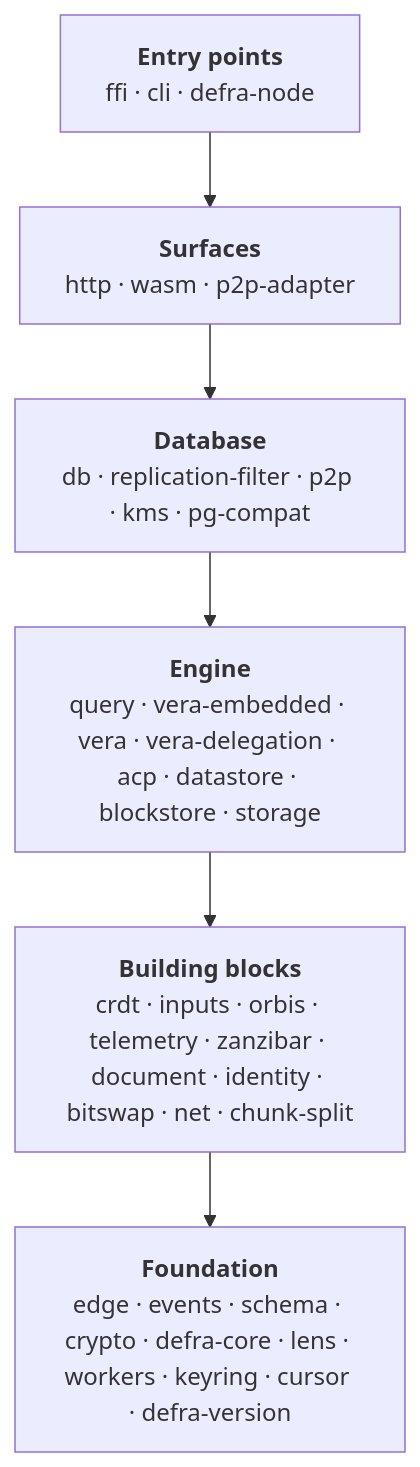
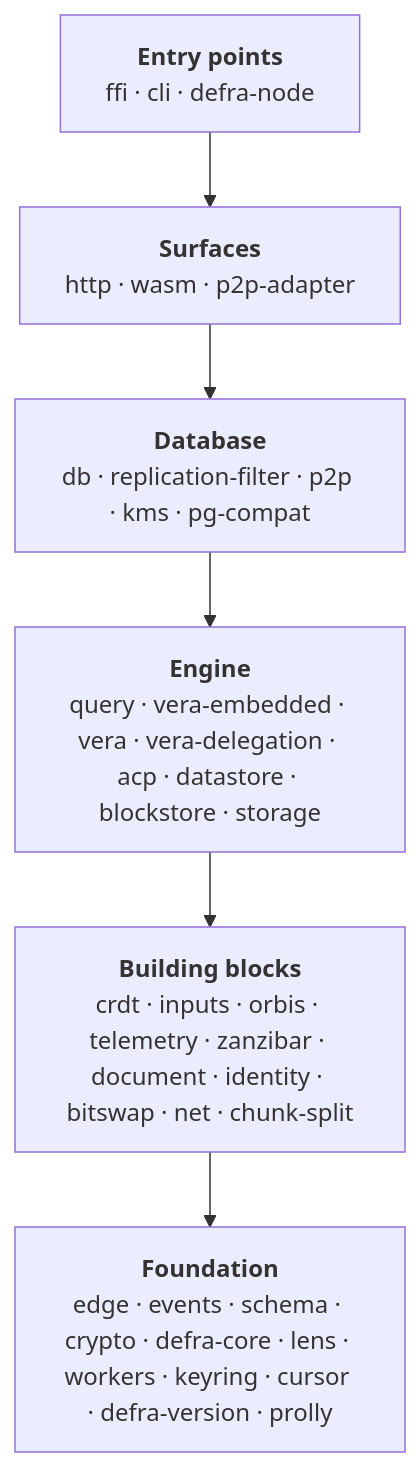
One commit to sourcenetwork/defradb.rs changed the diagram in crates/README.md. Above: the diagram before and after it, drawn with Mermaid. The commit also changed other lines of this file and 27 other files, not shown here.

````diff
--- a/crates/README.md
+++ b/crates/README.md
@@ -13,11 +13,11 @@
 ```mermaid
 flowchart TB
     entry["<b>Entry points</b><br/>ffi · cli · defra-node"]
     surfaces["<b>Surfaces</b><br/>http · wasm · p2p-adapter"]
     database["<b>Database</b><br/>db · replication-filter · p2p · kms · pg-compat"]
     engine["<b>Engine</b><br/>query · vera-embedded · vera · vera-delegation · acp · datastore · blockstore · storage"]
     blocks["<b>Building blocks</b><br/>crdt · inputs · orbis · telemetry · zanzibar · document · identity · bitswap · net · chunk-split"]
-    foundation["<b>Foundation</b><br/>edge · events · schema · crypto · defra-core · lens · workers · keyring · cursor · defra-version"]
+    foundation["<b>Foundation</b><br/>edge · events · schema · crypto · defra-core · lens · workers · keyring · cursor · defra-version · prolly"]
 
     entry --> surfaces --> database --> engine --> blocks --> foundation
 ```
````
